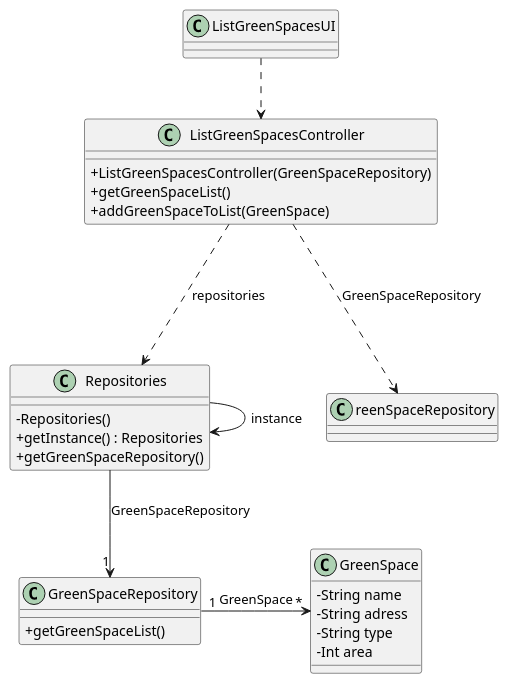
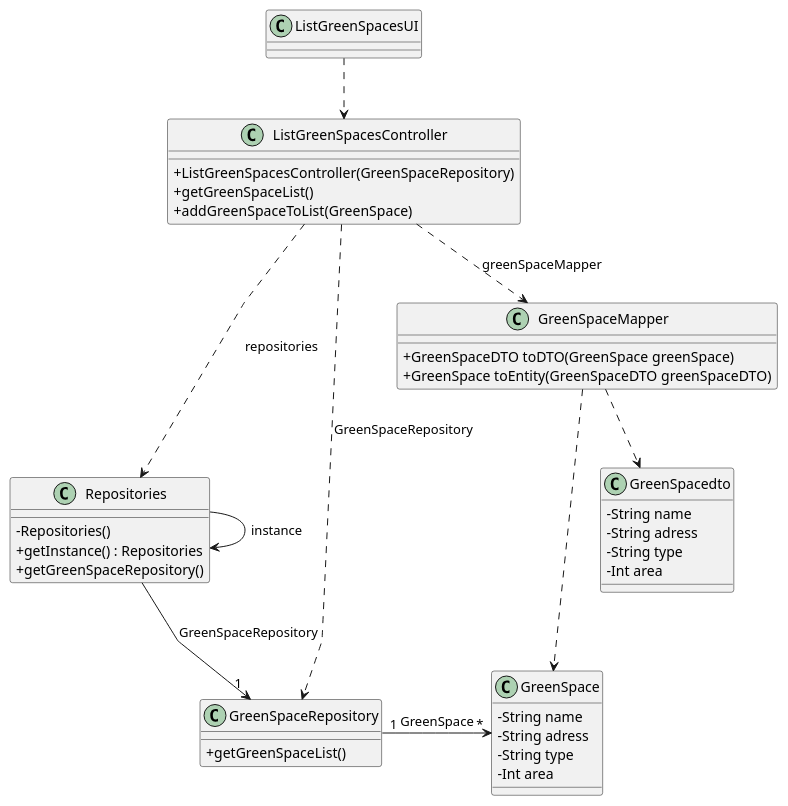
One commit to Departamento-de-Engenharia-Informatica/lei-24-s2-1dm-g132 changed the diagram in docs/sprintC/us027/03.design/puml/us027-class-diagram.puml. Above: the diagram before and after it, drawn with PlantUML. The commit also changed 2 other files, not shown here.

Commit message:
Classes with dto

```diff
--- a/docs/sprintC/us027/03.design/puml/us027-class-diagram.puml
+++ b/docs/sprintC/us027/03.design/puml/us027-class-diagram.puml
@@ -1,54 +1,69 @@
 @startuml
 'skinparam monochrome true
 skinparam packageStyle rectangle
 skinparam shadowing false
 skinparam linetype polyline
 'skinparam linetype orto
 
 skinparam classAttributeIconSize 0
 
 'left to right direction
 
 class GreenSpace {
   - String name
   - String adress
   - String type
   - Int area
+}
+
+class GreenSpacedto {
+  - String name
+  - String adress
+  - String type
+  - Int area
+}
+
+class GreenSpaceMapper {
+  + GreenSpaceDTO toDTO(GreenSpace greenSpace)
+  + GreenSpace toEntity(GreenSpaceDTO greenSpaceDTO)
 }
 
 
 
 class ListGreenSpacesUI {
 }
 
 class ListGreenSpacesController {
     + ListGreenSpacesController(GreenSpaceRepository)
     + getGreenSpaceList()
     + addGreenSpaceToList(GreenSpace)
 
 }
 
 class Repositories {
     - Repositories()
     + getInstance() : Repositories
     + getGreenSpaceRepository()
 }
 
 class GreenSpaceRepository {
     + getGreenSpaceList()
 }
 
 
 
 Repositories -> Repositories : instance
 Repositories --> "1" GreenSpaceRepository: GreenSpaceRepository
 ListGreenSpacesController ...> Repositories: repositories
-ListGreenSpacesController ...> reenSpaceRepository: GreenSpaceRepository
+ListGreenSpacesController ...> GreenSpaceRepository: GreenSpaceRepository
 
 ListGreenSpacesUI ..> ListGreenSpacesController
 
 GreenSpaceRepository "1" -> "*" GreenSpace : GreenSpace
+ListGreenSpacesController ..> GreenSpaceMapper: greenSpaceMapper
+GreenSpaceMapper ..> GreenSpacedto
+GreenSpaceMapper ..> GreenSpace
 
 
 
 @enduml
```
